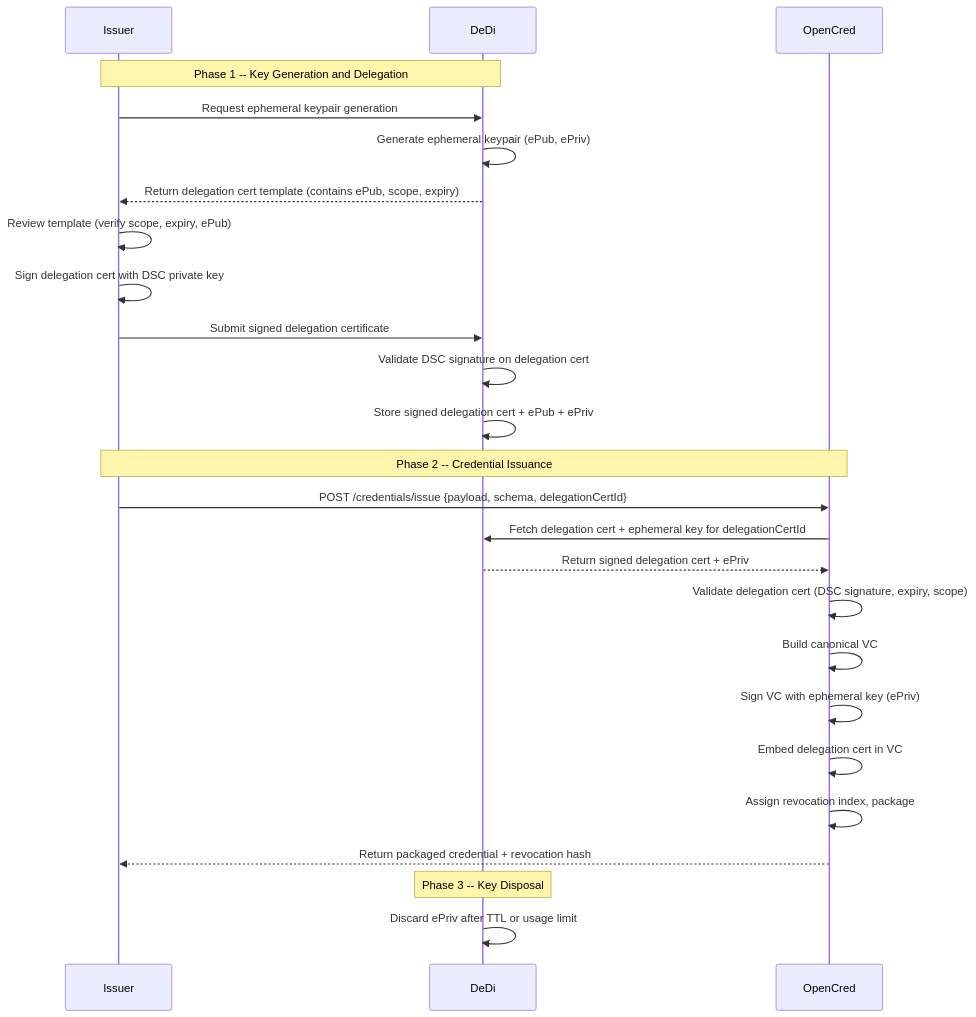
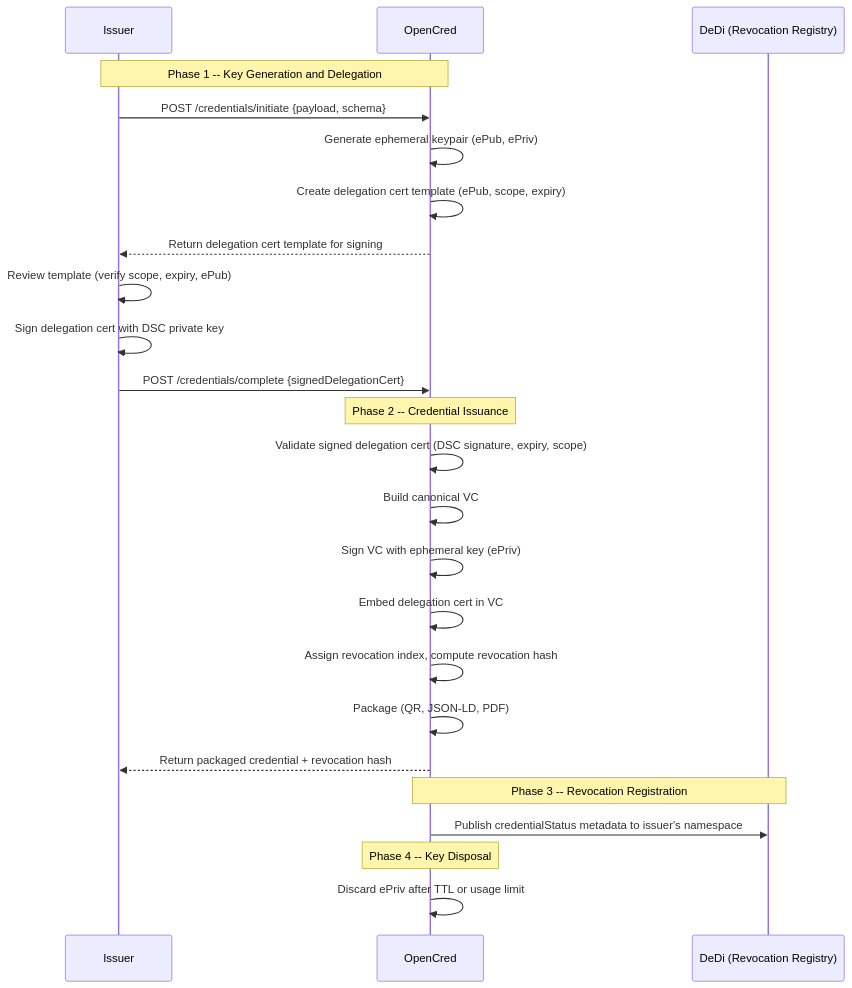
The seventh of 9 diagrams in OpenCred_PRD.md (nfh-trust-labs/opencred), drawn with Mermaid before and after one commit. The commit also changed other lines of this file, not shown here.

Commit message:
Fixes related to revocation check and key management

````diff
--- a/OpenCred_PRD.md
+++ b/OpenCred_PRD.md
@@ -445,30 +466,30 @@
 ```mermaid
 sequenceDiagram
     participant Issuer
-    participant DeDi
     participant OpenCred
+    participant DeDi as DeDi (Revocation Registry)
 
-    Note over Issuer,DeDi: Phase 1 -- Key Generation and Delegation
-    Issuer->>DeDi: Request ephemeral keypair generation
-    DeDi->>DeDi: Generate ephemeral keypair (ePub, ePriv)
-    DeDi-->>Issuer: Return delegation cert template (contains ePub, scope, expiry)
+    Note over Issuer,OpenCred: Phase 1 -- Key Generation and Delegation
+    Issuer->>OpenCred: POST /credentials/initiate {payload, schema}
+    OpenCred->>OpenCred: Generate ephemeral keypair (ePub, ePriv)
+    OpenCred->>OpenCred: Create delegation cert template (ePub, scope, expiry)
+    OpenCred-->>Issuer: Return delegation cert template for signing
     Issuer->>Issuer: Review template (verify scope, expiry, ePub)
     Issuer->>Issuer: Sign delegation cert with DSC private key
-    Issuer->>DeDi: Submit signed delegation certificate
-    DeDi->>DeDi: Validate DSC signature on delegation cert
-    DeDi->>DeDi: Store signed delegation cert + ePub + ePriv
+    Issuer->>OpenCred: POST /credentials/complete {signedDelegationCert}
 
-    Note over Issuer,OpenCred: Phase 2 -- Credential Issuance
-    Issuer->>OpenCred: POST /credentials/issue {payload, schema, delegationCertId}
-    OpenCred->>DeDi: Fetch delegation cert + ephemeral key for delegationCertId
-    DeDi-->>OpenCred: Return signed delegation cert + ePriv
-    OpenCred->>OpenCred: Validate delegation cert (DSC signature, expiry, scope)
+    Note over OpenCred: Phase 2 -- Credential Issuance
+    OpenCred->>OpenCred: Validate signed delegation cert (DSC signature, expiry, scope)
     OpenCred->>OpenCred: Build canonical VC
     OpenCred->>OpenCred: Sign VC with ephemeral key (ePriv)
     OpenCred->>OpenCred: Embed delegation cert in VC
-    OpenCred->>OpenCred: Assign revocation index, package
+    OpenCred->>OpenCred: Assign revocation index, compute revocation hash
+    OpenCred->>OpenCred: Package (QR, JSON-LD, PDF)
     OpenCred-->>Issuer: Return packaged credential + revocation hash
 
-    Note over DeDi: Phase 3 -- Key Disposal
-    DeDi->>DeDi: Discard ePriv after TTL or usage limit
+    Note over OpenCred,DeDi: Phase 3 -- Revocation Registration
+    OpenCred->>DeDi: Publish credentialStatus metadata to issuer's namespace
+
+    Note over OpenCred: Phase 4 -- Key Disposal
+    OpenCred->>OpenCred: Discard ePriv after TTL or usage limit
 ```
````
